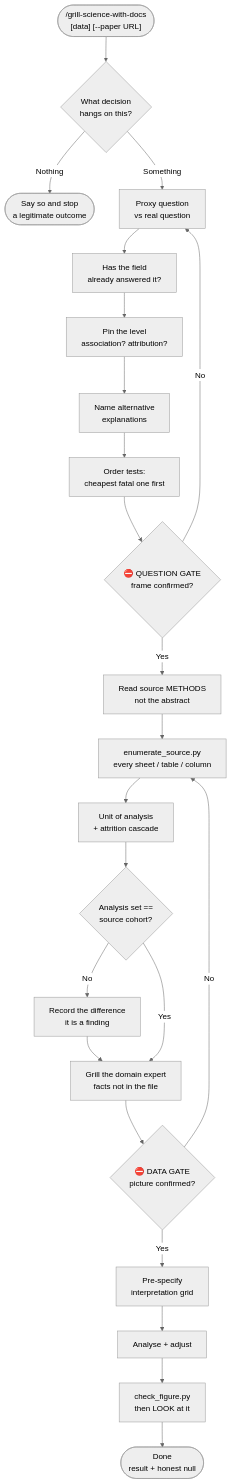
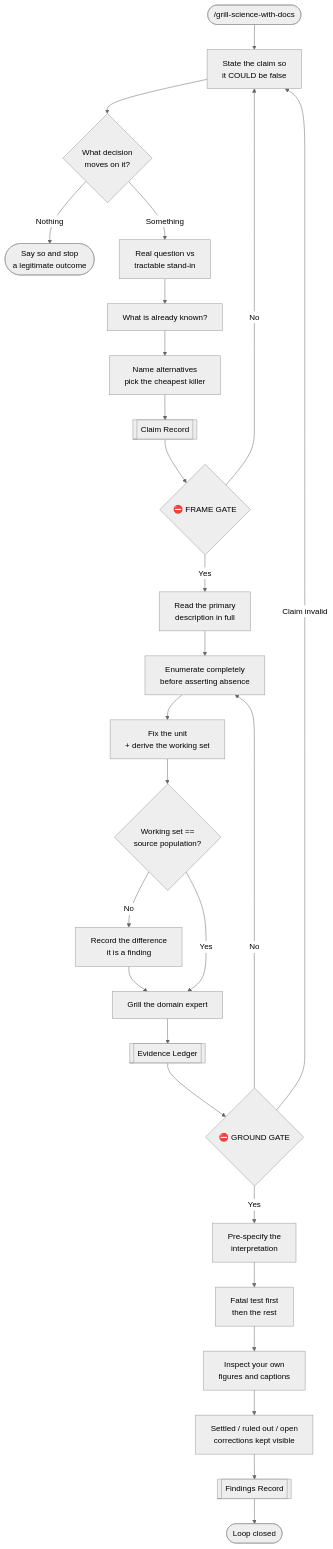
Before and after one commit to biomystery/claude-skills: the diagram in grill-science-with-docs/README.md, drawn with Mermaid (neutral theme). The commit also changed other lines of this file and 4 other files, not shown here.

First line of the commit message:
generalize grill-science-with-docs to the full scientific loop

````diff
--- a/grill-science-with-docs/README.md
+++ b/grill-science-with-docs/README.md
@@ -36,36 +36,41 @@
 ```mermaid
 flowchart TD
-    start(["/grill-science-with-docs\n[data] [--paper URL]"])
-    dec{"What decision\nhangs on this?"}
+    start(["/grill-science-with-docs"])
+    falsi["State the claim so\nit COULD be false"]
+    dec{"What decision\nmoves on it?"}
     stop(["Say so and stop\na legitimate outcome"])
-    real["Proxy question\nvs real question"]
-    lit["Has the field\nalready answered it?"]
-    lvl["Pin the level\nassociation? attribution?"]
-    alt["Name alternative\nexplanations"]
-    kill["Order tests:\ncheapest fatal one first"]
-    qgate{"⛔ QUESTION GATE\nframe confirmed?"}
+    proxy["Real question vs\ntractable stand-in"]
+    known["What is already known?"]
+    kill["Name alternatives\npick the cheapest killer"]
+    cr[["Claim Record"]]
+    g1{"⛔ FRAME GATE"}
 
-    paper["Read source METHODS\nnot the abstract"]
-    enum["enumerate_source.py\nevery sheet / table / column"]
-    unit["Unit of analysis\n+ attrition cascade"]
-    cmp{"Analysis set ==\nsource cohort?"}
-    diff["Record the difference\nit is a finding"]
-    human["Grill the domain expert\nfacts not in the file"]
-    dgate{"⛔ DATA GATE\npicture confirmed?"}
+    src["Read the primary\ndescription in full"]
+    enum["Enumerate completely\nbefore asserting absence"]
+    unit["Fix the unit\n+ derive the working set"]
+    same{"Working set ==\nsource population?"}
+    diffr["Record the difference\nit is a finding"]
+    human["Grill the domain expert"]
+    el[["Evidence Ledger"]]
+    g2{"⛔ GROUND GATE"}
 
-    grid["Pre-specify\ninterpretation grid"]
-    run["Analyse + adjust"]
-    fig["check_figure.py\nthen LOOK at it"]
-    done(["Done\nresult + honest null"])
+    pre["Pre-specify the\ninterpretation"]
+    run["Fatal test first\nthen the rest"]
+    look["Inspect your own\nfigures and captions"]
 
-    start --> dec
+    close["Settled / ruled out / open\ncorrections kept visible"]
+    fr[["Findings Record"]]
+    done(["Loop closed"])
+
+    start --> falsi --> dec
     dec -->|Nothing| stop
-    dec -->|Something| real --> lit --> lvl --> alt --> kill --> qgate
-    qgate -->|No| real
-    qgate -->|Yes| paper --> enum --> unit --> cmp
-    cmp -->|No| diff --> human
-    cmp -->|Yes| human
-    human --> dgate
-    dgate -->|No| enum
-    dgate -->|Yes| grid --> run --> fig --> done
+    dec -->|Something| proxy --> known --> kill --> cr --> g1
+    g1 -->|No| falsi
+    g1 -->|Yes| src --> enum --> unit --> same
+    same -->|No| diffr --> human
+    same -->|Yes| human
+    human --> el --> g2
+    g2 -->|No| enum
+    g2 -->|Claim invalid| falsi
+    g2 -->|Yes| pre --> run --> look --> close --> fr --> done
 ```
````
